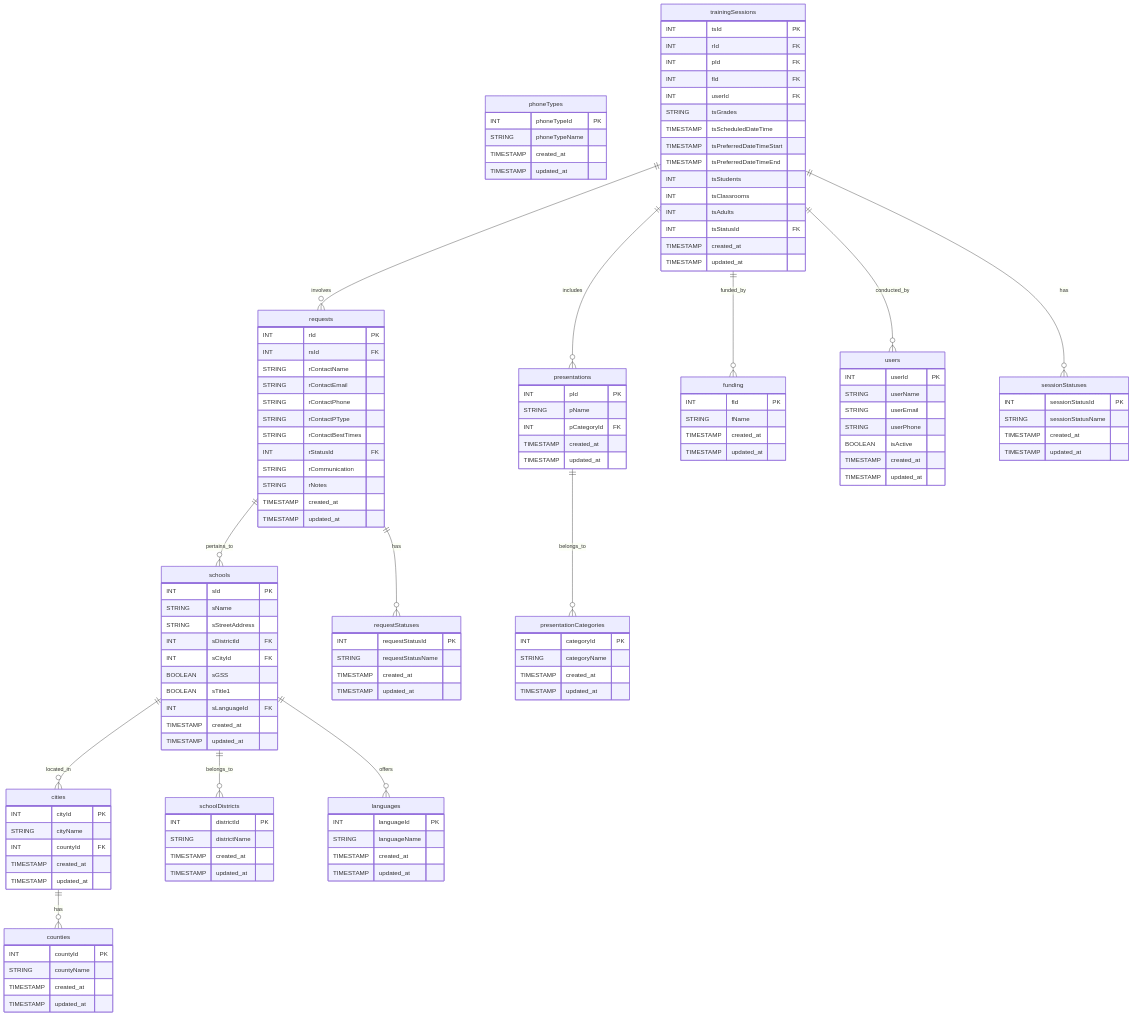
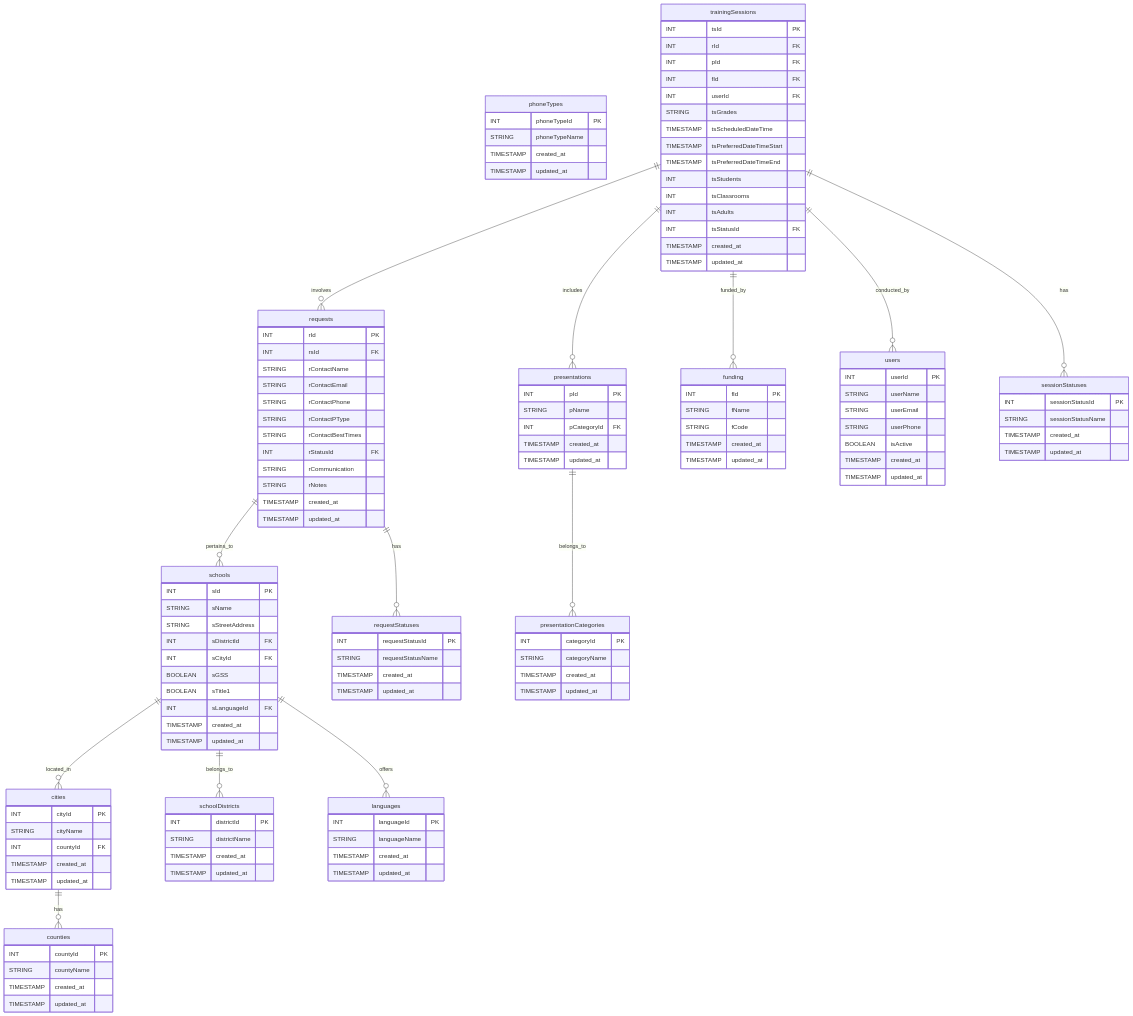
One commit to Kitamreik/ecocycle-test changed the diagram in readme.md. Above: the diagram before and after it, drawn with Mermaid.

Commit message:
readme updates

```diff
--- a/readme.md
+++ b/readme.md
@@ -100,6 +100,7 @@
     funding {
         INT fId PK
         STRING fName
+        STRING fCode
         TIMESTAMP created_at
         TIMESTAMP updated_at
     }
```
